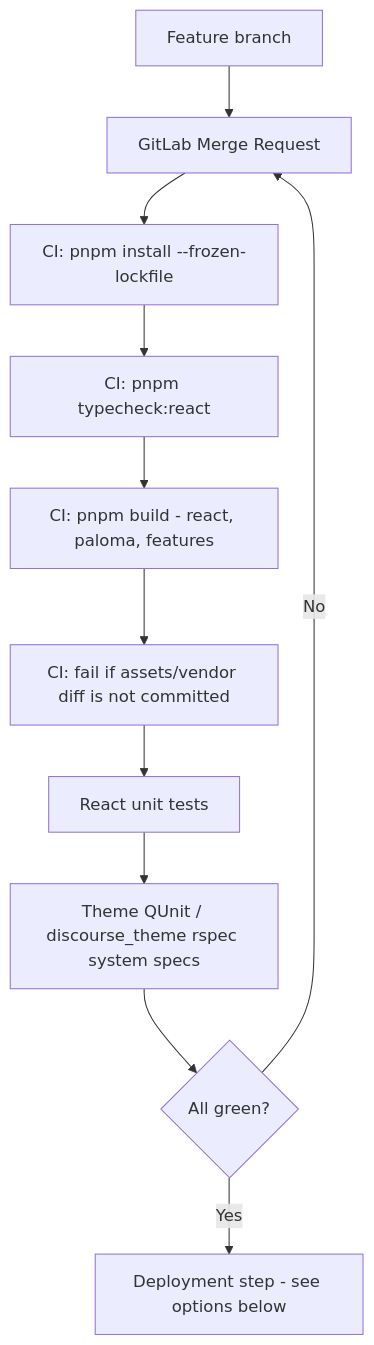
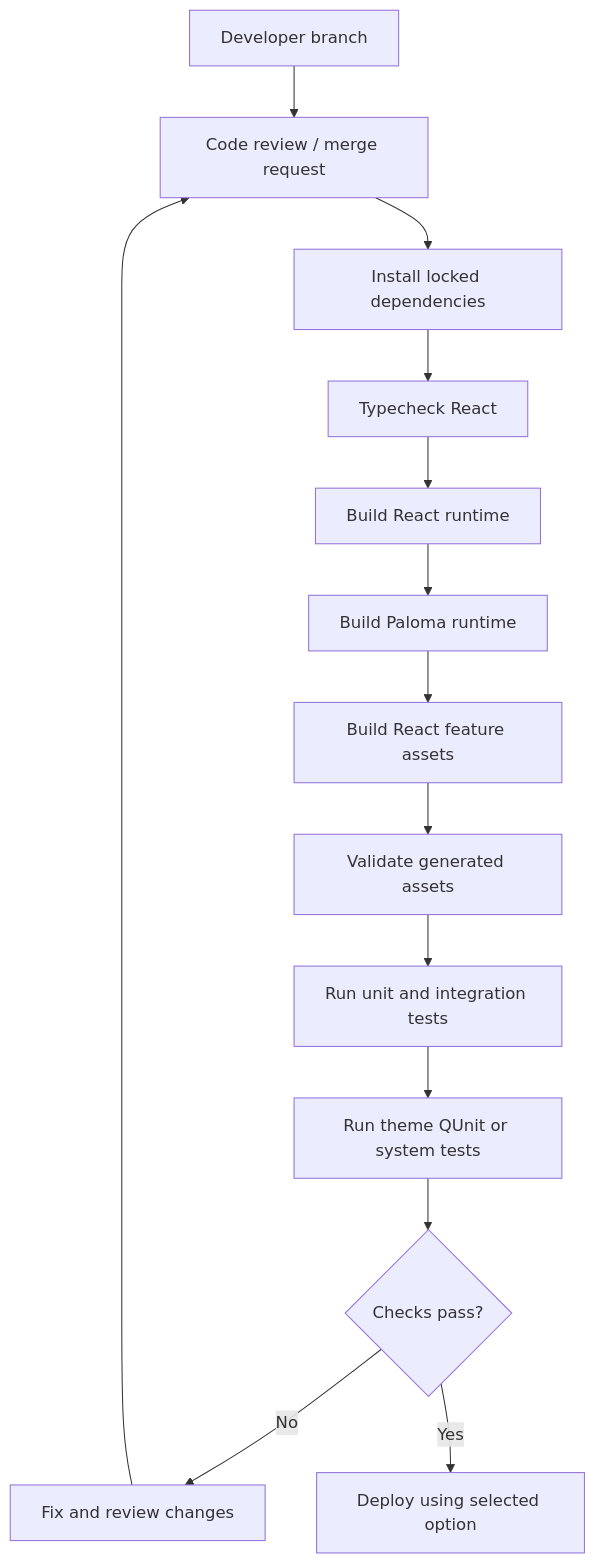
One commit to kjangid-247/discourse_theme_ea changed the first of 7 diagrams in deployment-strategy.md. Above: the diagram before and after it, drawn with Mermaid. The commit also changed other lines of this file and 3 other files, not shown here.

````diff
--- a/deployment-strategy.md
+++ b/deployment-strategy.md
@@ -18,13 +18,16 @@
 ```mermaid
 flowchart TD
-  A[Feature branch] --> B[GitLab Merge Request]
-  B --> C[CI: pnpm install --frozen-lockfile]
-  C --> D[CI: pnpm typecheck:react]
-  D --> E[CI: pnpm build - react, paloma, features]
-  E --> F[CI: fail if assets/vendor diff is not committed]
-  F --> G[React unit tests]
-  G --> H[Theme QUnit / discourse_theme rspec system specs]
-  H --> I{All green?}
-  I -- No --> B
-  I -- Yes --> J[Deployment step - see options below]
+  A[Developer branch] --> B[Code review / merge request]
+  B --> C[Install locked dependencies]
+  C --> D[Typecheck React]
+  D --> E[Build React runtime]
+  E --> F[Build Paloma runtime]
+  F --> G[Build React feature assets]
+  G --> H[Validate generated assets]
+  H --> I[Run unit and integration tests]
+  I --> J[Run theme QUnit or system tests]
+  J --> K{Checks pass?}
+  K -->|No| L[Fix and review changes]
+  L --> B
+  K -->|Yes| M[Deploy using selected option]
 ```
````
